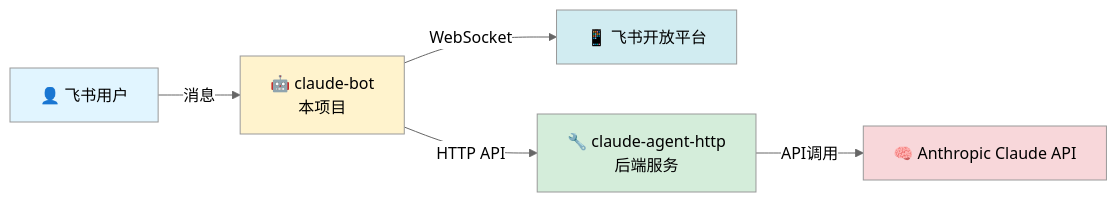
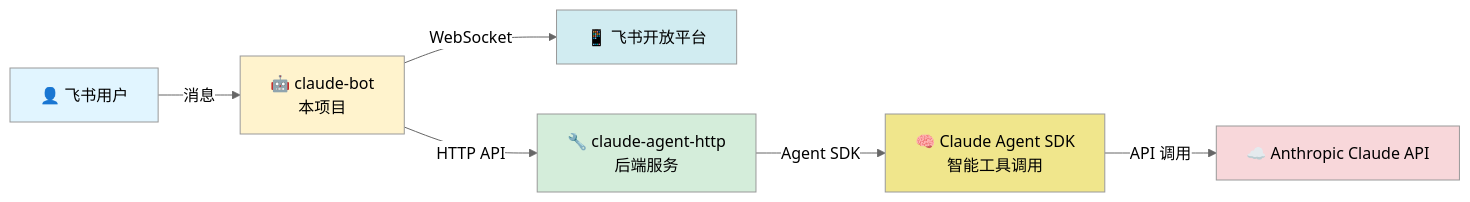
The diagram in README.md (lflish/claude-lark), drawn with Mermaid (neutral theme) before and after one commit. The commit also changed other lines of this file, not shown here.

First line of the commit message:
docs: enhance README with Claude Agent SDK details

````diff
--- a/README.md
+++ b/README.md
@@ -23,13 +24,15 @@
 ```mermaid
 graph LR
     A[👤 飞书用户] -->|消息| B[🤖 claude-bot<br/>本项目]
     B -->|WebSocket| C[📱 飞书开放平台]
     B -->|HTTP API| D[🔧 claude-agent-http<br/>后端服务]
-    D -->|API调用| E[🧠 Anthropic Claude API]
+    D -->|Agent SDK| E[🧠 Claude Agent SDK<br/>智能工具调用]
+    E -->|API 调用| F[☁️ Anthropic Claude API]
 
     style A fill:#e1f5ff
     style B fill:#fff3cd
     style C fill:#d1ecf1
     style D fill:#d4edda
-    style E fill:#f8d7da
+    style E fill:#f0e68c
+    style F fill:#f8d7da
 ```
````
